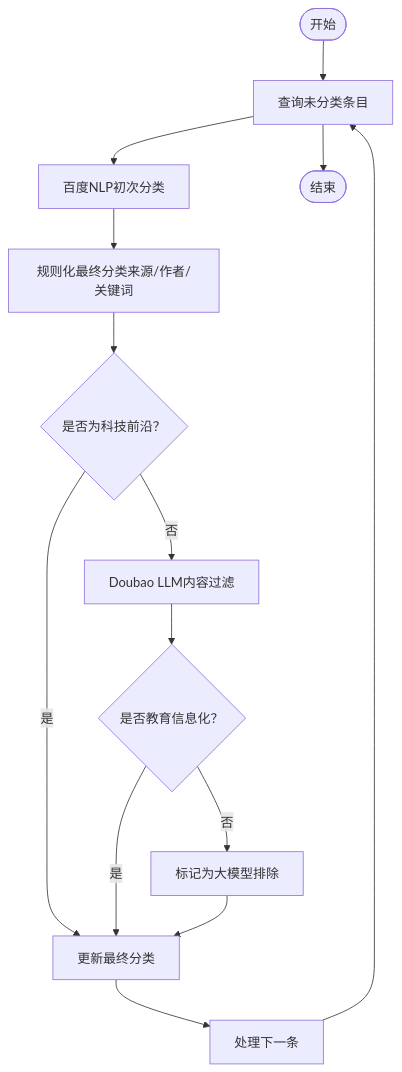
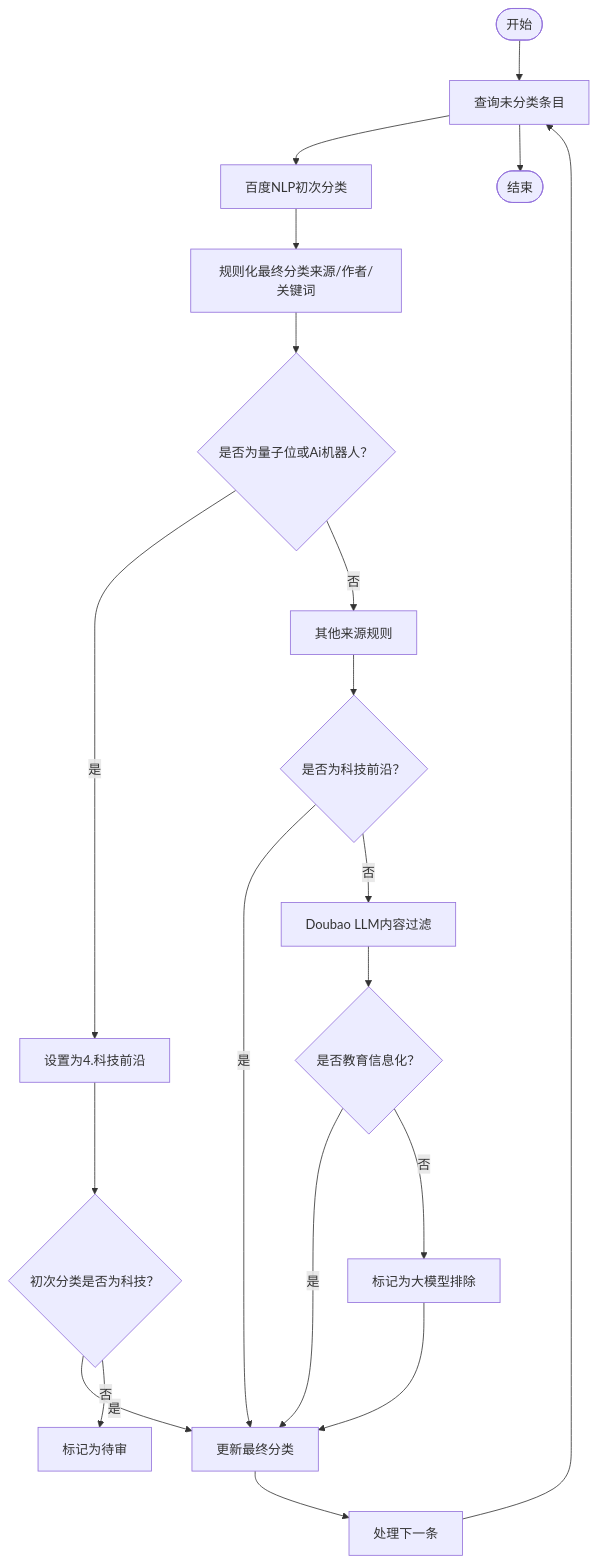
Before and after one commit to dengwanqian/news-exacter: the sixth of 7 diagrams in .qoder/repowiki/zh/content/分类系统设计/分类系统设计.md, drawn with Mermaid. The commit also changed other lines of this file and 8 other files, not shown here.

````diff
--- a/.qoder/repowiki/zh/content/分类系统设计/分类系统设计.md
+++ b/.qoder/repowiki/zh/content/分类系统设计/分类系统设计.md
@@ -267,16 +272,22 @@
 ```mermaid
 flowchart TD
 S(["开始"]) --> Fetch["查询未分类条目"]
 Fetch --> ClassifyOnce["百度NLP初次分类"]
 ClassifyOnce --> RuleApply["规则化最终分类来源/作者/关键词"]
-RuleApply --> LLMFilter{"是否为科技前沿？"}
-LLMFilter --> |是| Update["更新最终分类"]
+RuleApply --> SourceCheck{"是否为量子位或Ai机器人？"}
+SourceCheck --> |是| TechFrontier["设置为4.科技前沿"]
+TechFrontier --> CategoryCheck{"初次分类是否为科技？"}
+CategoryCheck --> |是| Update["更新最终分类"]
+CategoryCheck --> |否| MarkPending["标记为待审"]
+SourceCheck --> |否| OtherSources["其他来源规则"]
+OtherSources --> LLMFilter{"是否为科技前沿？"}
+LLMFilter --> |是| Update
 LLMFilter --> |否| DoubaoCheck["Doubao LLM内容过滤"]
 DoubaoCheck --> IsEdu{"是否教育信息化？"}
 IsEdu --> |是| Update
 IsEdu --> |否| MarkExclude["标记为大模型排除"]
 MarkExclude --> Update
 Update --> Next["处理下一条"]
 Next --> Fetch
 Fetch --> E(["结束"])
 ```
````
